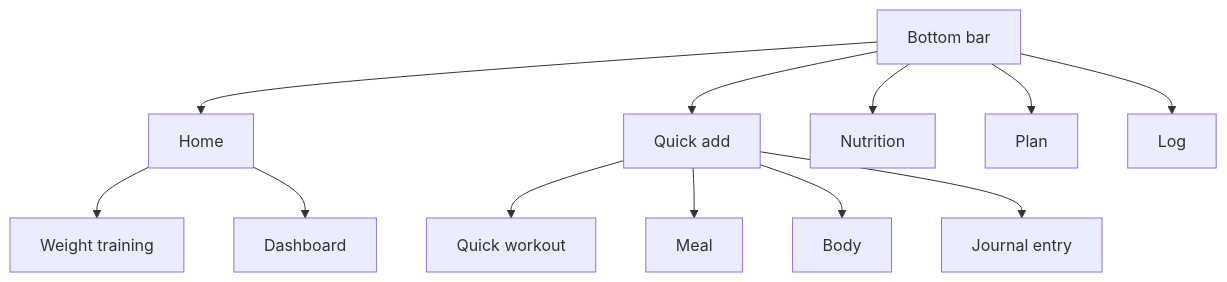
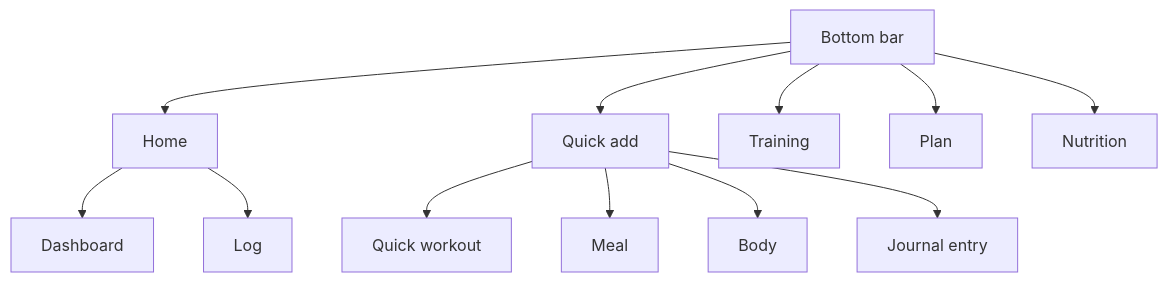
Before and after one commit to delorienC/spartaisland-website: the diagram in en/manual/getting-started.md, drawn with Mermaid. The commit also changed other lines of this file and 3 other files, not shown here.

````diff
--- a/en/manual/getting-started.md
+++ b/en/manual/getting-started.md
@@ -37,14 +39,14 @@
 ```mermaid
 flowchart TD
-  Home["Home"] --> Strength["Weight training"]
-  Home --> Dash["Dashboard"]
+  Home["Home"] --> Dash["Dashboard"]
+  Home --> Log["Log"]
   Quick["Quick add"] --> QW["Quick workout"]
   Quick --> Meal["Meal"]
   Quick --> Body["Body"]
   Quick --> Note["Journal entry"]
   Tabs["Bottom bar"] --> Home
+  Tabs --> Strength["Training"]
+  Tabs --> Plan["Plan"]
   Tabs --> Nutri["Nutrition"]
-  Tabs --> Plan["Plan"]
-  Tabs --> Log["Log"]
   Tabs --> Quick
 ```
````
